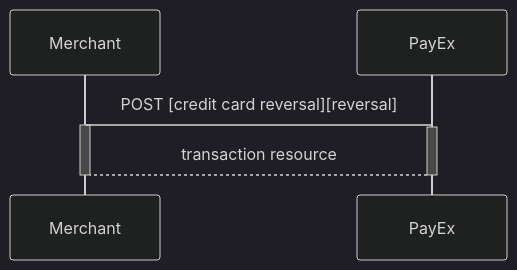
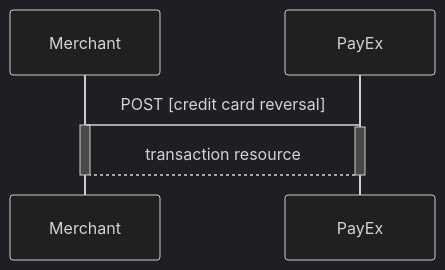
The seventh of 10 diagrams in payments/credit-card/after-payment.md (SwedbankPay/developer.swedbankpay.com), drawn with Mermaid (dark theme) before and after one commit. The commit also changed other lines of this file, not shown here.

Commit message:
DX-266 fixed tables and, removed links in Mermaid diagrams, and fixing links

````diff
--- a/payments/credit-card/after-payment.md
+++ b/payments/credit-card/after-payment.md
@@ -669,9 +664,9 @@
 ```mermaid
 sequenceDiagram
-  Merchant->PayEx: POST [credit card reversal][reversal]
+  Merchant->PayEx: POST [credit card reversal]
   Activate Merchant
   Activate PayEx
   PayEx-->Merchant: transaction resource
   Deactivate PayEx
   Deactivate Merchant
 ```
````
